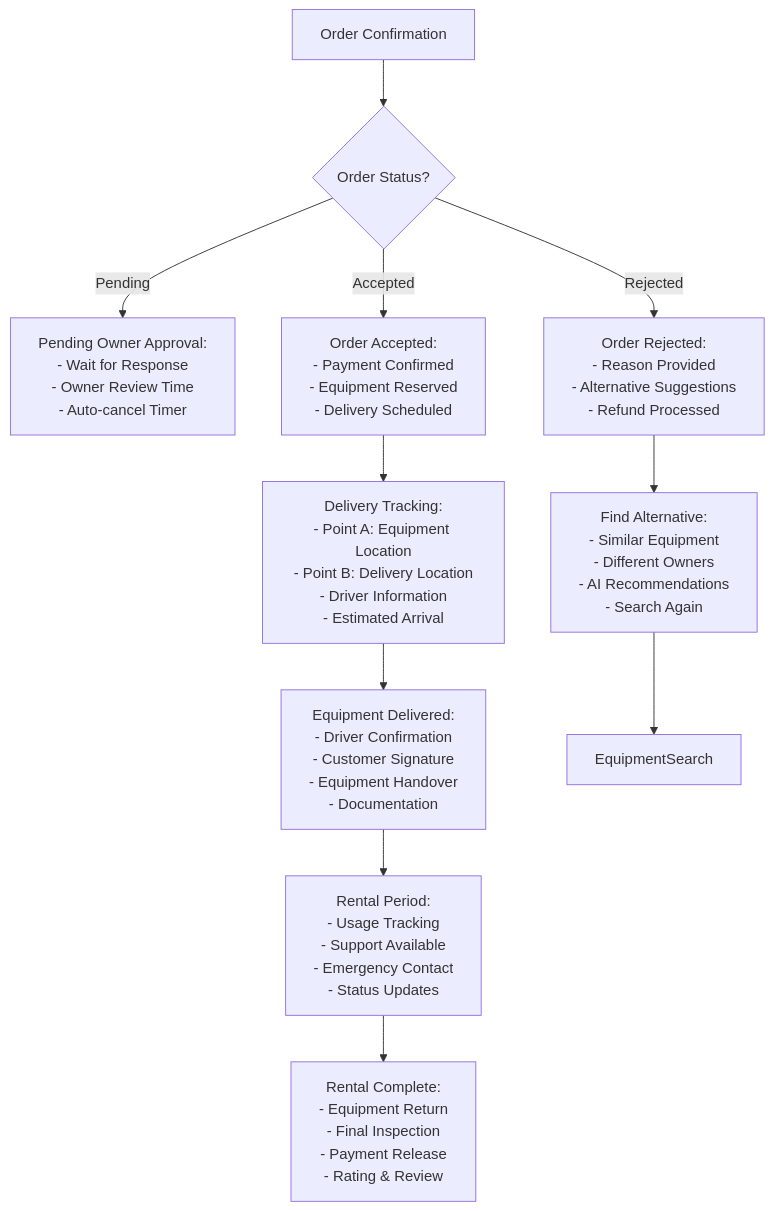
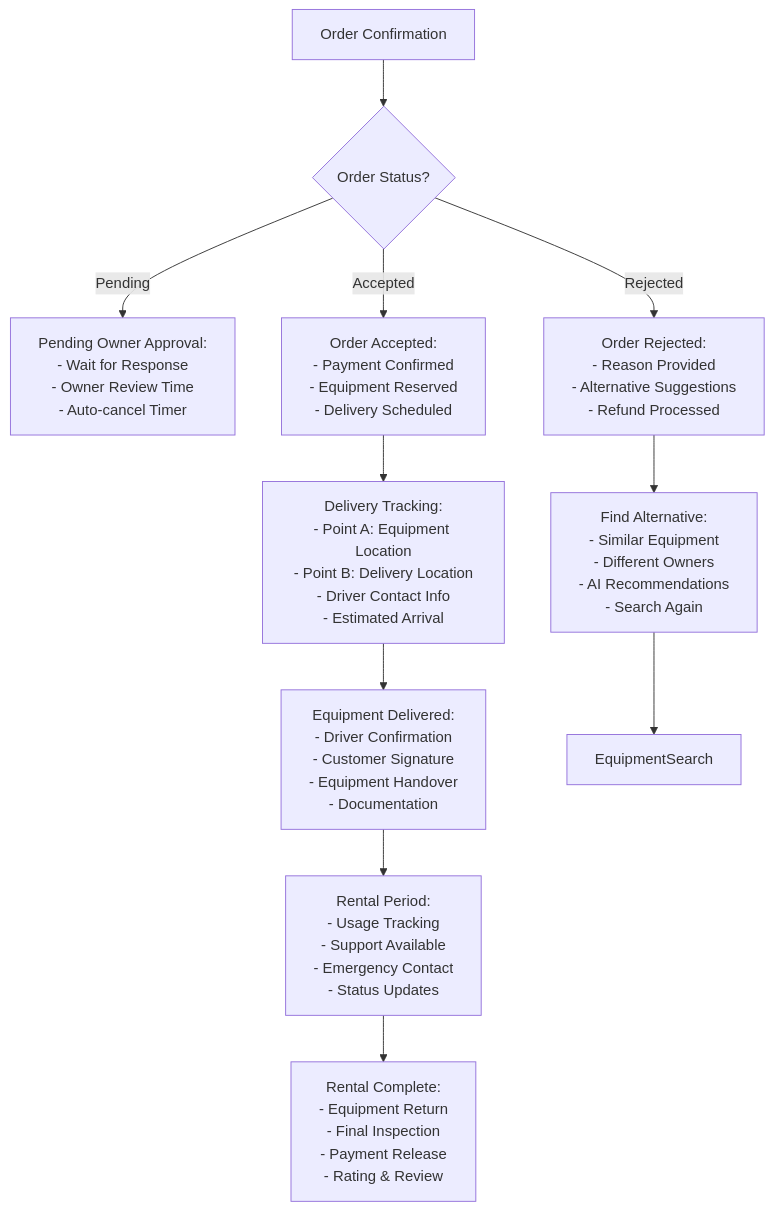
One commit to engaotb/YARDR changed diagram 11 of 15 in 04_User_Experience_Flows.md. Above: the diagram before and after it, drawn with Mermaid. The commit also changed other lines of this file, not shown here.

First line of the commit message:
Simplify Driver system to text-based delivery management

````diff
--- a/04_User_Experience_Flows.md
+++ b/04_User_Experience_Flows.md
@@ -348,21 +338,21 @@
 ```mermaid
 flowchart TD
     OrderConfirmation[Order Confirmation] --> OrderStatus{Order Status?}
     
     OrderStatus -->|Pending| PendingApproval[Pending Owner Approval:<br/>- Wait for Response<br/>- Owner Review Time<br/>- Auto-cancel Timer]
     
     OrderStatus -->|Accepted| OrderAccepted[Order Accepted:<br/>- Payment Confirmed<br/>- Equipment Reserved<br/>- Delivery Scheduled]
     
     OrderStatus -->|Rejected| OrderRejected[Order Rejected:<br/>- Reason Provided<br/>- Alternative Suggestions<br/>- Refund Processed]
     
-    OrderAccepted --> DeliveryTracking[Delivery Tracking:<br/>- Point A: Equipment Location<br/>- Point B: Delivery Location<br/>- Driver Information<br/>- Estimated Arrival]
+    OrderAccepted --> DeliveryTracking[Delivery Tracking:<br/>- Point A: Equipment Location<br/>- Point B: Delivery Location<br/>- Driver Contact Info<br/>- Estimated Arrival]
     
     DeliveryTracking --> EquipmentDelivered[Equipment Delivered:<br/>- Driver Confirmation<br/>- Customer Signature<br/>- Equipment Handover<br/>- Documentation]
     
     EquipmentDelivered --> RentalPeriod[Rental Period:<br/>- Usage Tracking<br/>- Support Available<br/>- Emergency Contact<br/>- Status Updates]
     
     RentalPeriod --> RentalComplete[Rental Complete:<br/>- Equipment Return<br/>- Final Inspection<br/>- Payment Release<br/>- Rating & Review]
     
     OrderRejected --> FindAlternative[Find Alternative:<br/>- Similar Equipment<br/>- Different Owners<br/>- AI Recommendations<br/>- Search Again]
     FindAlternative --> EquipmentSearch
 ```
````
